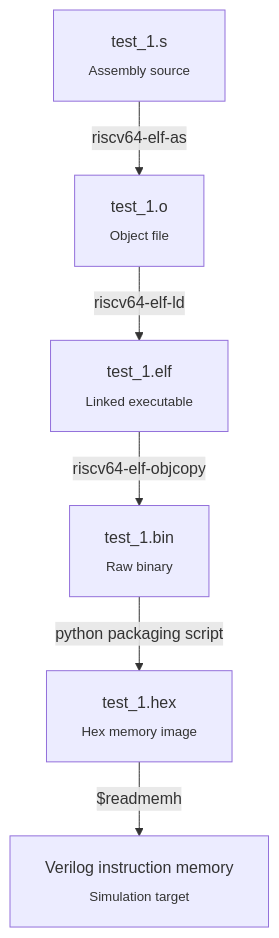
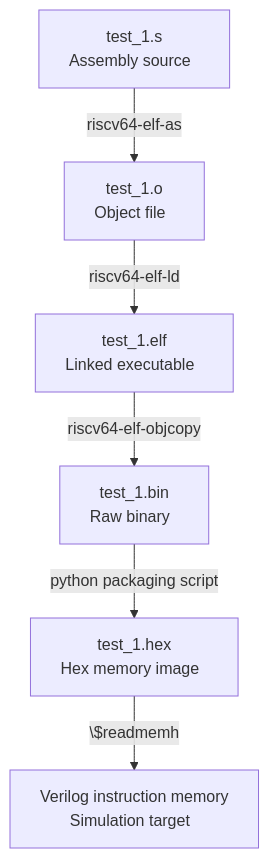
The diagram in README.md (mkartsiotis/prometheus_cpu), drawn with Mermaid before and after one commit.

Commit message:
Added svg mermaid diagram to README

````diff
--- a/README.md
+++ b/README.md
@@ -289,8 +289,14 @@
 ```mermaid
 flowchart TD
-    A["<div style='padding: 5px;'>test_1.s<br/><sub>Assembly source</sub></div>"] -->|riscv64-elf-as| B["<div style='padding: 5px;'>test_1.o<br/><sub>Object file</sub></div>"]
-    B -->|riscv64-elf-ld| C["<div style='padding: 5px;'>test_1.elf<br/><sub>Linked executable</sub></div>"]
-    C -->|riscv64-elf-objcopy| D["<div style='padding: 5px;'>test_1.bin<br/><sub>Raw binary</sub></div>"]
-    D -->|python packaging script| E["<div style='padding: 5px;'>test_1.hex<br/><sub>Hex memory image</sub></div>"]
-    E -->|"$readmemh"| F["<div style='padding: 5px;'>Verilog instruction memory<br/><sub>Simulation target</sub></div>"]
+    A["`test_1.s
+    Assembly source &nbsp;`"] -->|riscv64-elf-as| B["`test_1.o
+    Object file &nbsp;`"]
+    B -->|riscv64-elf-ld| C["`test_1.elf
+    Linked executable &nbsp;`"]
+    C -->|riscv64-elf-objcopy| D["`test_1.bin
+    Raw binary &nbsp;`"]
+    D -->|python packaging script| E["`test_1.hex
+    Hex memory image &nbsp;`"]
+    E -->|"\$readmemh"| F["`Verilog instruction memory
+    Simulation target &nbsp;`"]
 ```
````
